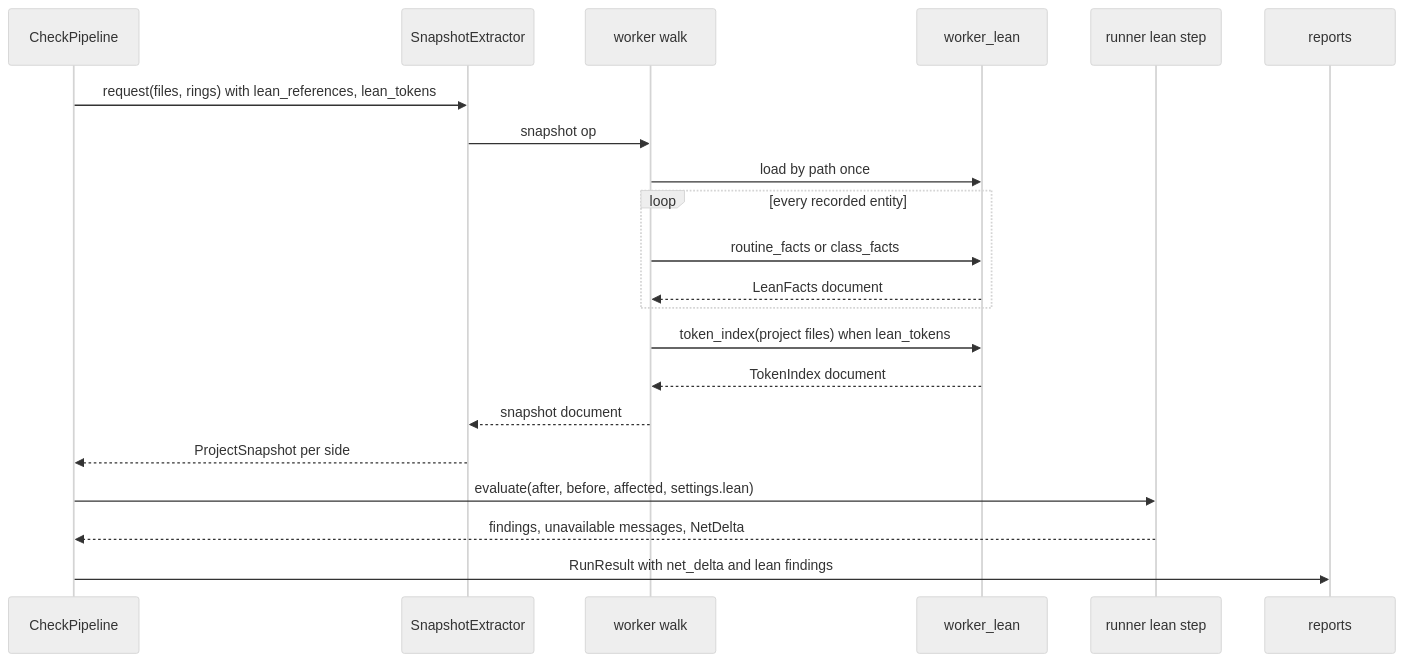
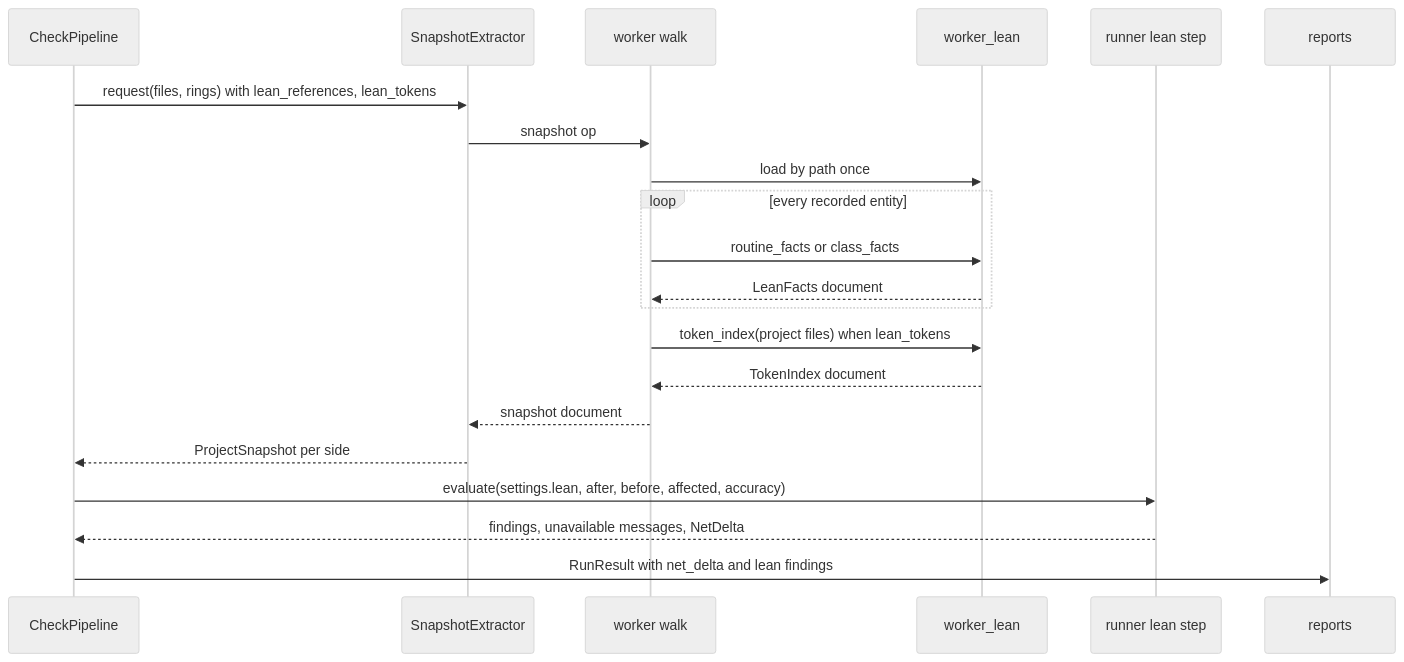
One commit to norandom/scitools-hook changed the second of 3 diagrams in .kiro/specs/lean-code-rules/design.md. Above: the diagram before and after it, drawn with Mermaid (neutral theme). The commit also changed other lines of this file and 14 other files, not shown here.

First line of the commit message:
chore(lean-code-rules): close the feature-level findings and sync the record

````diff
--- a/.kiro/specs/lean-code-rules/design.md
+++ b/.kiro/specs/lean-code-rules/design.md
@@ -221,23 +243,23 @@
 ```mermaid
 sequenceDiagram
     participant Check as CheckPipeline
     participant Snap as SnapshotExtractor
     participant Worker as worker walk
     participant Lean as worker_lean
     participant Rules as runner lean step
     participant Report as reports
     Check->>Snap: request(files, rings) with lean_references, lean_tokens
     Snap->>Worker: snapshot op
     Worker->>Lean: load by path once
     loop every recorded entity
         Worker->>Lean: routine_facts or class_facts
         Lean-->>Worker: LeanFacts document
     end
     Worker->>Lean: token_index(project files) when lean_tokens
     Lean-->>Worker: TokenIndex document
     Worker-->>Snap: snapshot document
     Snap-->>Check: ProjectSnapshot per side
-    Check->>Rules: evaluate(after, before, affected, settings.lean)
+    Check->>Rules: evaluate(settings.lean, after, before, affected, accuracy)
     Rules-->>Check: findings, unavailable messages, NetDelta
     Check->>Report: RunResult with net_delta and lean findings
 ```
````
